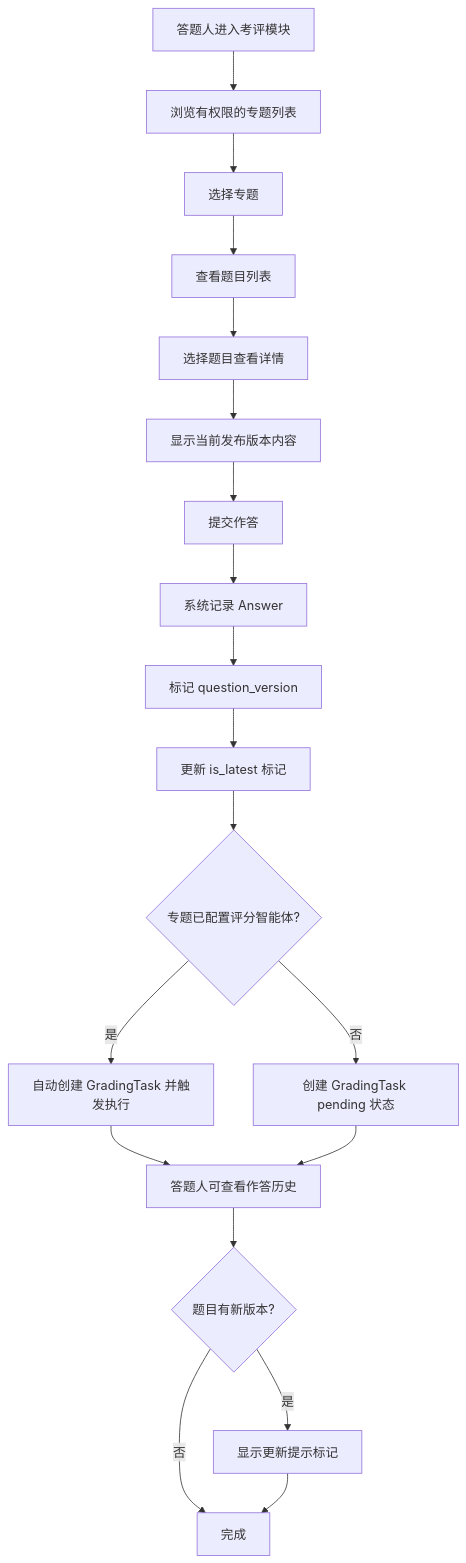
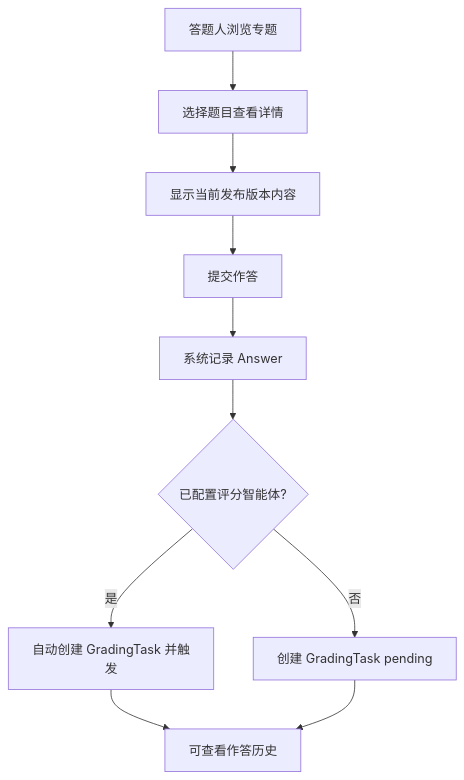
One commit to wecode-ai/Wegent changed the fourth of 6 diagrams in plans/evaluation-module-technical-spec.md. Above: the diagram before and after it, drawn with Mermaid. The commit also changed other lines of this file, not shown here.

````diff
--- a/plans/evaluation-module-technical-spec.md
+++ b/plans/evaluation-module-technical-spec.md
@@ -544,21 +346,12 @@
 ```mermaid
 flowchart TD
-    A[答题人进入考评模块] --> B[浏览有权限的专题列表]
-    B --> C[选择专题]
-    C --> D[查看题目列表]
-    D --> E[选择题目查看详情]
-    E --> F[显示当前发布版本内容]
-    F --> G[提交作答]
-    G --> H[系统记录 Answer]
-    H --> I[标记 question_version]
-    I --> J[更新 is_latest 标记]
-    J --> K{专题已配置评分智能体?}
-    K -->|是| L[自动创建 GradingTask 并触发执行]
-    K -->|否| M[创建 GradingTask pending 状态]
-    L --> N[答题人可查看作答历史]
-    M --> N
-    N --> O{题目有新版本?}
-    O -->|是| P[显示更新提示标记]
-    O -->|否| Q[完成]
-    P --> Q
+    A[答题人浏览专题] --> B[选择题目查看详情]
+    B --> C[显示当前发布版本内容]
+    C --> D[提交作答]
+    D --> E[系统记录 Answer]
+    E --> F{已配置评分智能体?}
+    F -->|是| G[自动创建 GradingTask 并触发]
+    F -->|否| H[创建 GradingTask pending]
+    G --> I[可查看作答历史]
+    H --> I
 ```
````
